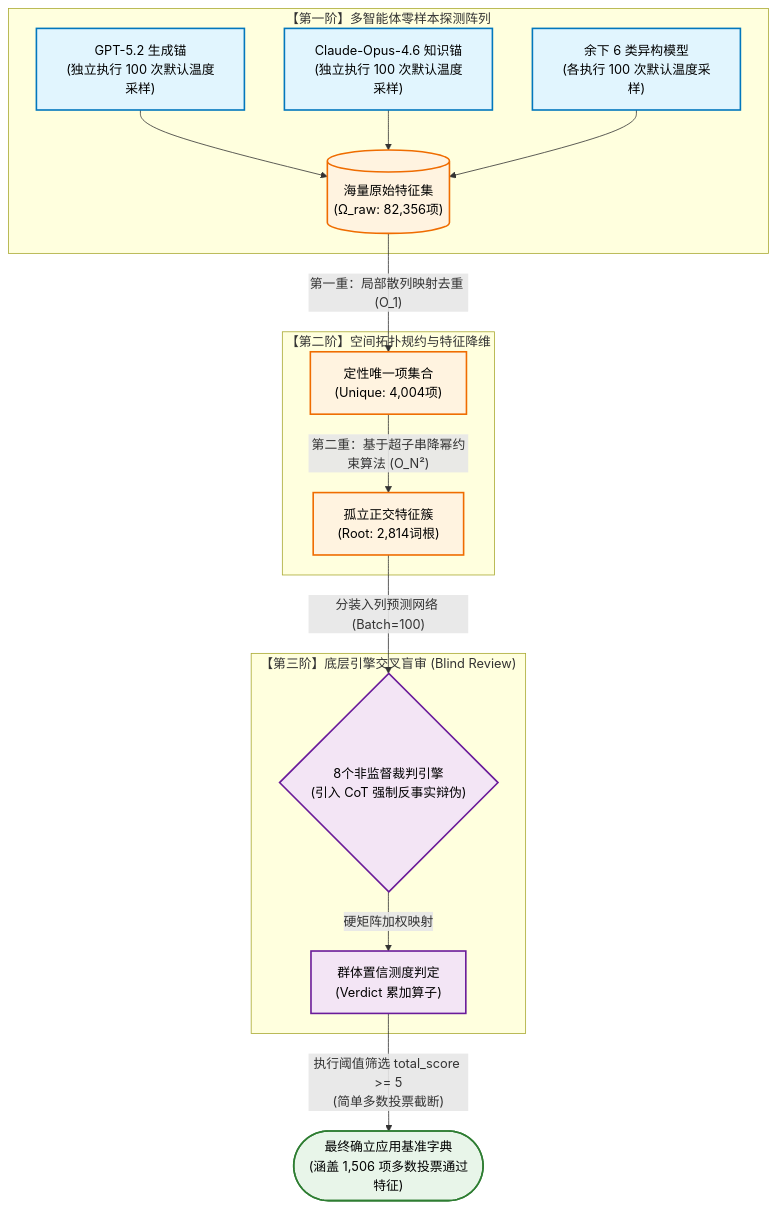
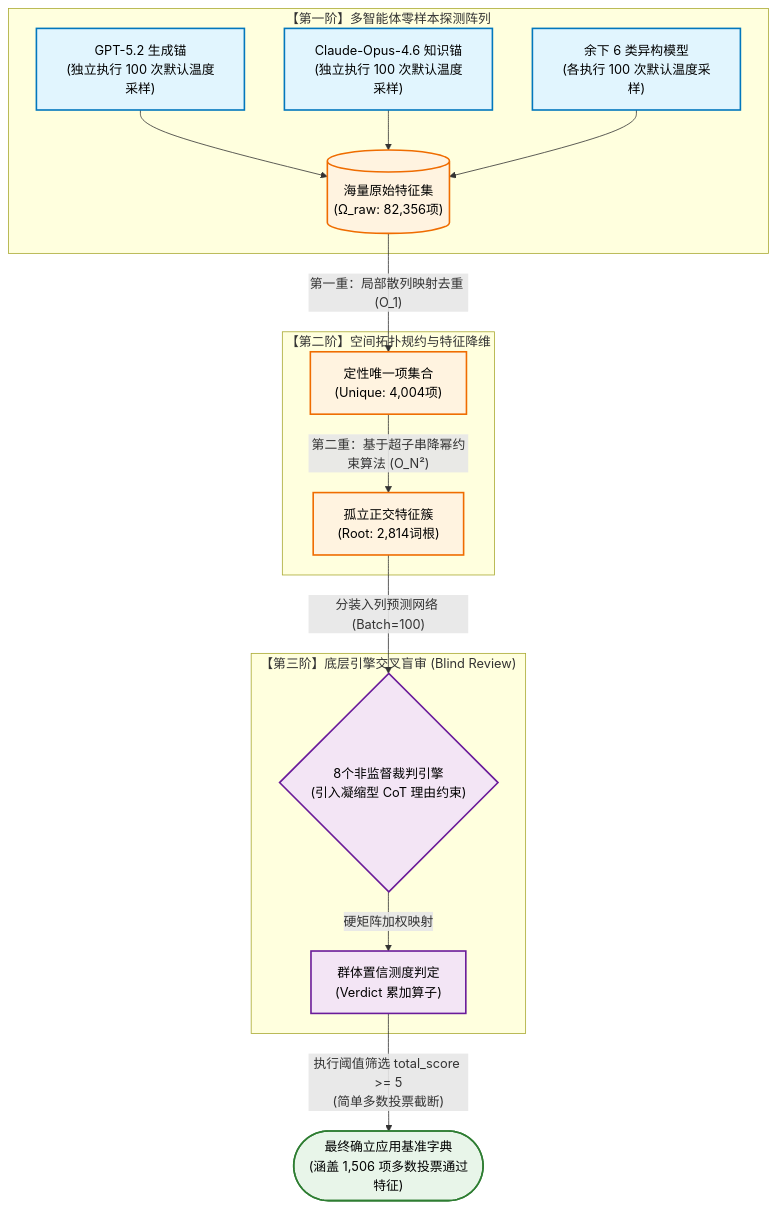
Before and after one commit to lizhenbimsa/data_antigravity_project: the second of 3 diagrams in news_process/LLMs_for_FinTech_dic/FinTech_Dictionary_LLMs_Paper_Final.md, drawn with Mermaid. The commit also changed other lines of this file and 2 other files, not shown here.

````diff
--- a/news_process/LLMs_for_FinTech_dic/FinTech_Dictionary_LLMs_Paper_Final.md
+++ b/news_process/LLMs_for_FinTech_dic/FinTech_Dictionary_LLMs_Paper_Final.md
@@ -174,30 +174,30 @@
 ```mermaid
 graph TD
     classDef sysNode fill:#E1F5FE,stroke:#0277BD,stroke-width:2px,color:#000
     classDef funNode fill:#FFF3E0,stroke:#EF6C00,stroke-width:2px,color:#000
     classDef checkNode fill:#F3E5F5,stroke:#6A1B9A,stroke-width:2px,color:#000
     classDef endNode fill:#E8F5E9,stroke:#2E7D32,stroke-width:2px,color:#000
 
     subgraph Phase_1 ["【第一阶】多智能体零样本探测阵列"]
         M1["GPT-5.2 生成锚\n(独立执行 100 次默认温度采样)"]:::sysNode
         M2["Claude-Opus-4.6 知识锚\n(独立执行 100 次默认温度采样)"]:::sysNode
         M3["余下 6 类异构模型\n(各执行 100 次默认温度采样)"]:::sysNode
         DB[("海量原始特征集\n(Ω_raw: 82,356项)")]:::funNode
         
         M1 --> DB
         M2 --> DB
         M3 --> DB
     end
 
     subgraph Phase_2 ["【第二阶】空间拓扑规约与特征降维"]
         DB -->|"第一重：局部散列映射去重 (O_1)"| U1["定性唯一项集合\n(Unique: 4,004项)"]:::funNode
         U1 -->|"第二重：基于超子串降幂约束算法 (O_N²)"| U2["孤立正交特征簇\n(Root: 2,814词根)"]:::funNode
     end
 
     subgraph Phase_3 ["【第三阶】底层引擎交叉盲审 (Blind Review)"]
-        U2 -->|"分装入列预测网络 (Batch=100)"| REV1{"8个非监督裁判引擎\n(引入 CoT 强制反事实辩伪)"}:::checkNode
+        U2 -->|"分装入列预测网络 (Batch=100)"| REV1{"8个非监督裁判引擎\n(引入凝缩型 CoT 理由约束)"}:::checkNode
         REV1 -->|"硬矩阵加权映射"| REV2["群体置信测度判定\n(Verdict 累加算子)"]:::checkNode
     end
     
     REV2 -->|"执行阈值筛选 total_score >= 5\n(简单多数投票截断)"| FIN(["最终确立应用基准字典\n(涵盖 1,506 项多数投票通过特征)"]):::endNode
 ```
````
